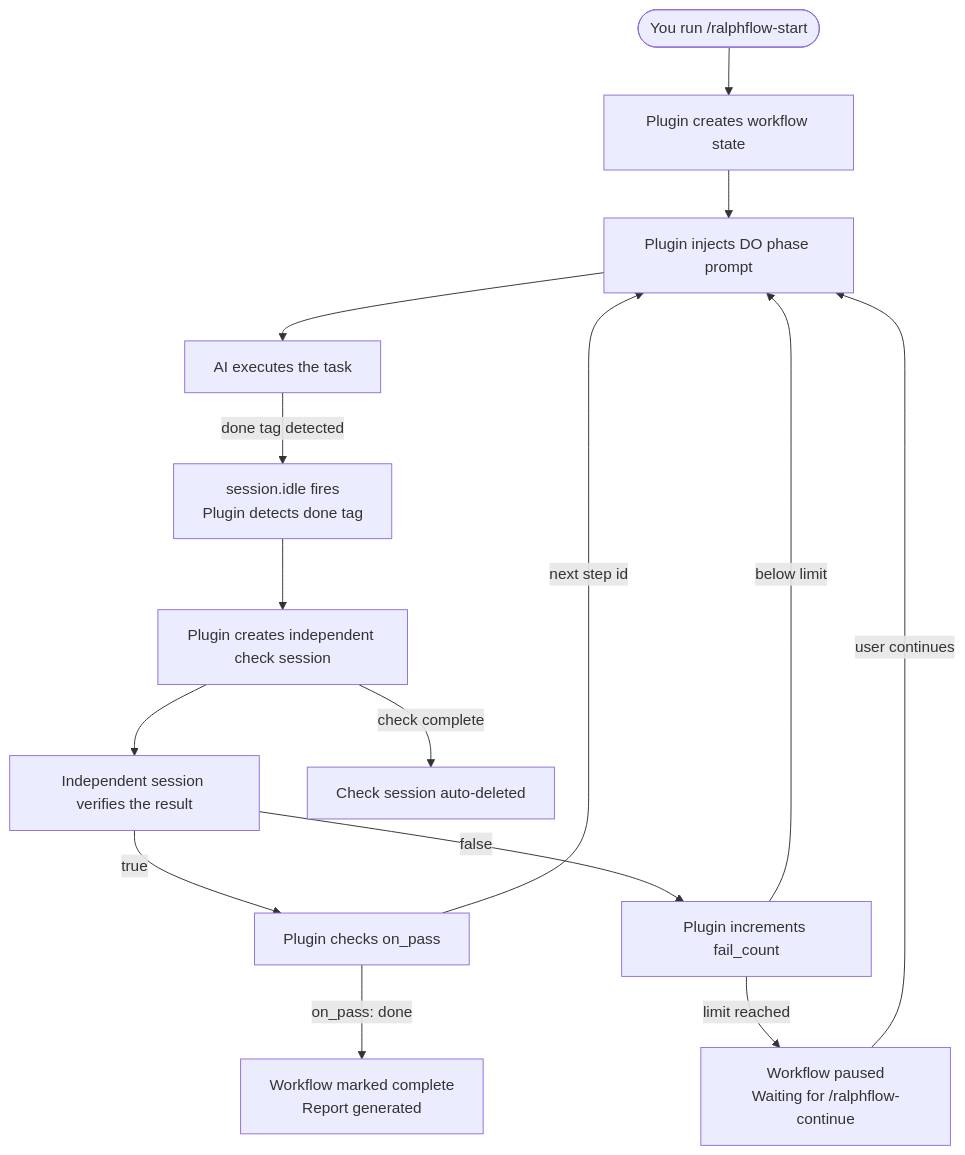
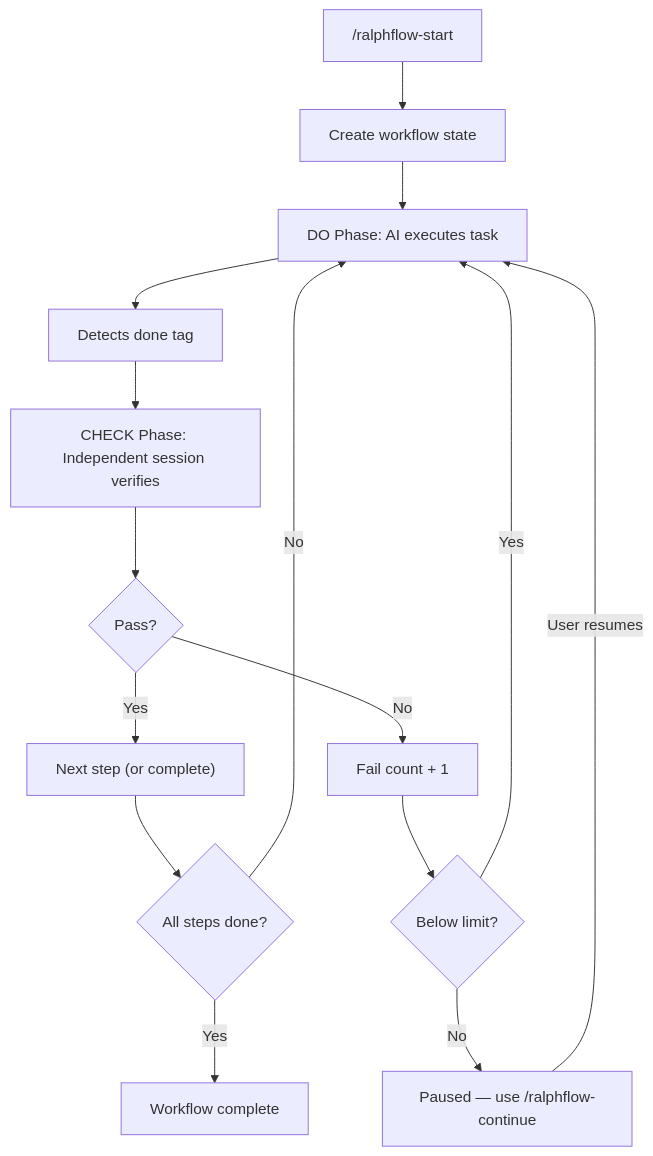
One commit to 534529531/ralph-flow changed the second of 2 diagrams in README.md. Above: the diagram before and after it, drawn with Mermaid. The commit also changed other lines of this file and 8 other files, not shown here.

````diff
--- a/README.md
+++ b/README.md
@@ -237,17 +110,17 @@
 ```mermaid
 flowchart TD
-    Start(["You run /ralphflow-start"]) --> State["Plugin creates workflow state"]
-    State --> DoPrompt["Plugin injects DO phase prompt"]
-    DoPrompt --> AI["AI executes the task"]
-    AI -->|"done tag detected"| DoneTag["session.idle fires<br/>Plugin detects done tag"]
-    DoneTag --> CheckPrompt["Plugin creates independent check session"]
-    CheckPrompt --> AICheck["Independent session verifies the result"]
-    AICheck -->|"true"| Pass["Plugin checks on_pass"]
-    AICheck -->|"false"| Fail["Plugin increments fail_count"]
-    Pass -->|"on_pass: done"| Complete["Workflow marked complete<br/>Report generated"]
-    Pass -->|"next step id"| DoPrompt
-    Fail -->|"below limit"| DoPrompt
-    Fail -->|"limit reached"| Pause["Workflow paused<br/>Waiting for /ralphflow-continue"]
-    Pause -->|user continues| DoPrompt
-    CheckPrompt -->|"check complete"| Cleanup["Check session auto-deleted"]
+    Start["/ralphflow-start"] --> State["Create workflow state"]
+    State --> DO["DO Phase: AI executes task"]
+    DO --> DoneTag["Detects done tag"]
+    DoneTag --> CHECK["CHECK Phase: Independent session verifies"]
+    CHECK --> Pass{"Pass?"}
+    Pass -->|Yes| Next["Next step (or complete)"]
+    Pass -->|No| Fail["Fail count + 1"]
+    Fail --> BelowLimit{"Below limit?"}
+    BelowLimit -->|Yes| DO
+    BelowLimit -->|No| Pause["Paused — use /ralphflow-continue"]
+    Next --> Done{"All steps done?"}
+    Done -->|No| DO
+    Done -->|Yes| Complete["Workflow complete"]
+    Pause -->|User resumes| DO
 ```
````
